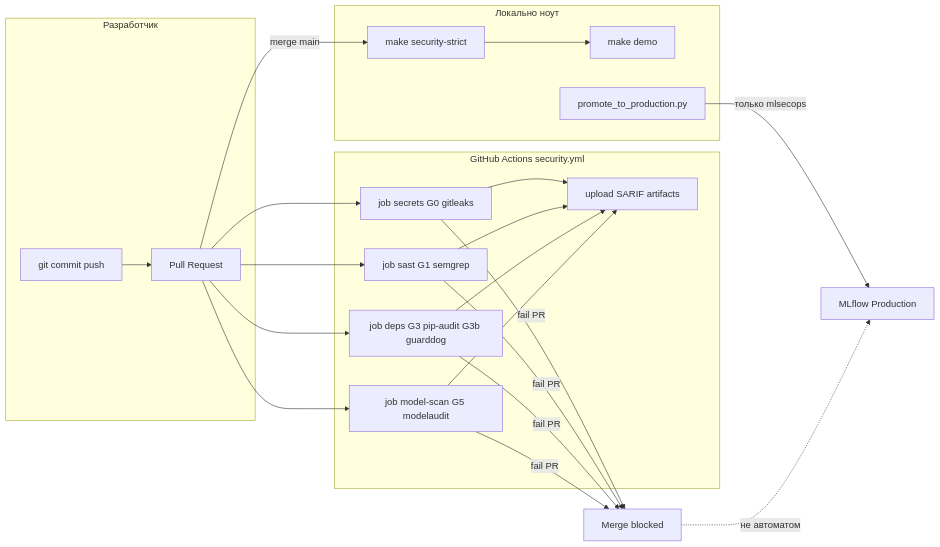
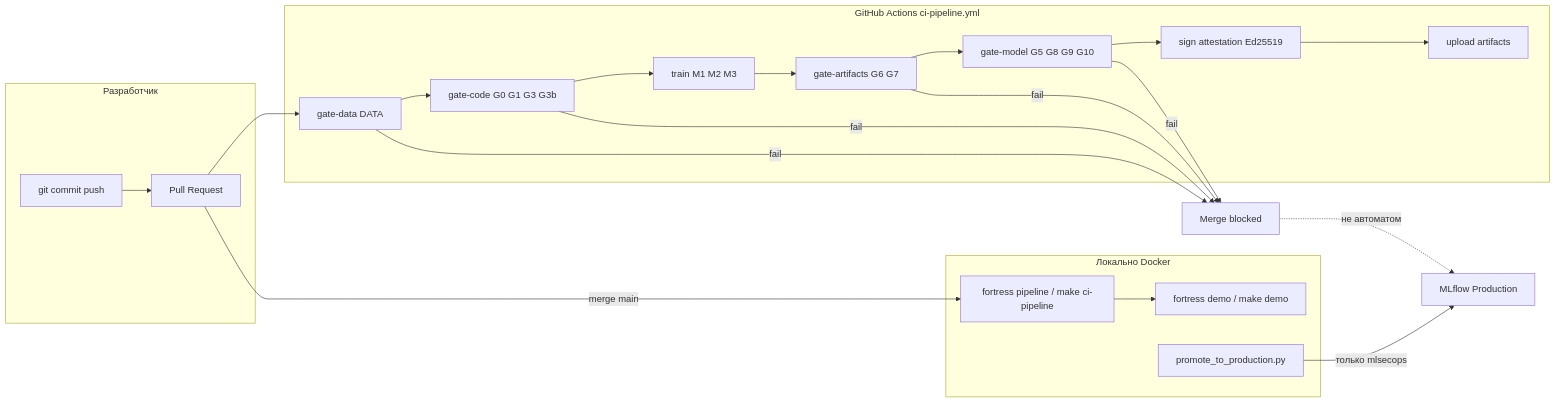
Diagram 12 of 15 in docs/architecture_full.md (Ermakov764/Alfa_bank_MLSecOps), drawn with Mermaid before and after one commit. The commit also changed other lines of this file and 10 other files, not shown here.

First line of the commit message:
docs: sync architecture and guides with current Docker stack

````diff
--- a/docs/architecture_full.md
+++ b/docs/architecture_full.md
@@ -541,32 +540,34 @@
 ```mermaid
 flowchart LR
   subgraph dev [Разработчик]
     COMMIT[git commit push]
     PR[Pull Request]
   end
 
-  subgraph gha [GitHub Actions security.yml]
-    J0[job secrets G0 gitleaks]
-    J1[job sast G1 semgrep]
-    J3[job deps G3 pip-audit G3b guarddog]
-    J5[job model-scan G5 modelaudit]
-    SARIF[upload SARIF artifacts]
+  subgraph gha [GitHub Actions ci-pipeline.yml]
+    JD[gate-data DATA]
+    JC[gate-code G0 G1 G3 G3b]
+    JT[train M1 M2 M3]
+    JA[gate-artifacts G6 G7]
+    JM[gate-model G5 G8 G9 G10]
+    JS[sign attestation Ed25519]
+    ART[upload artifacts]
   end
 
-  subgraph local [Локально ноут]
-    MAKE[make security-strict]
-    DEMO[make demo]
+  subgraph local [Локально Docker]
+    PIPE[fortress pipeline / make ci-pipeline]
+    DEMO[fortress demo / make demo]
     PROM[promote_to_production.py]
   end
 
   COMMIT --> PR
-  PR --> J0 & J1 & J3 & J5
-  J0 & J1 & J3 & J5 --> SARIF
-  J0 & J1 & J3 & J5 -->|fail PR| BLOCK_PR[Merge blocked]
+  PR --> JD --> JC --> JT --> JA --> JM --> JS
+  JS --> ART
+  JD & JC & JA & JM -->|fail| BLOCK_PR[Merge blocked]
 
-  PR -->|merge main| MAKE
-  MAKE --> DEMO
+  PR -->|merge main| PIPE
+  PIPE --> DEMO
   PROM -->|только mlsecops| MLF[MLflow Production]
 
   BLOCK_PR -.->|не автоматом| MLF
 ```
````
